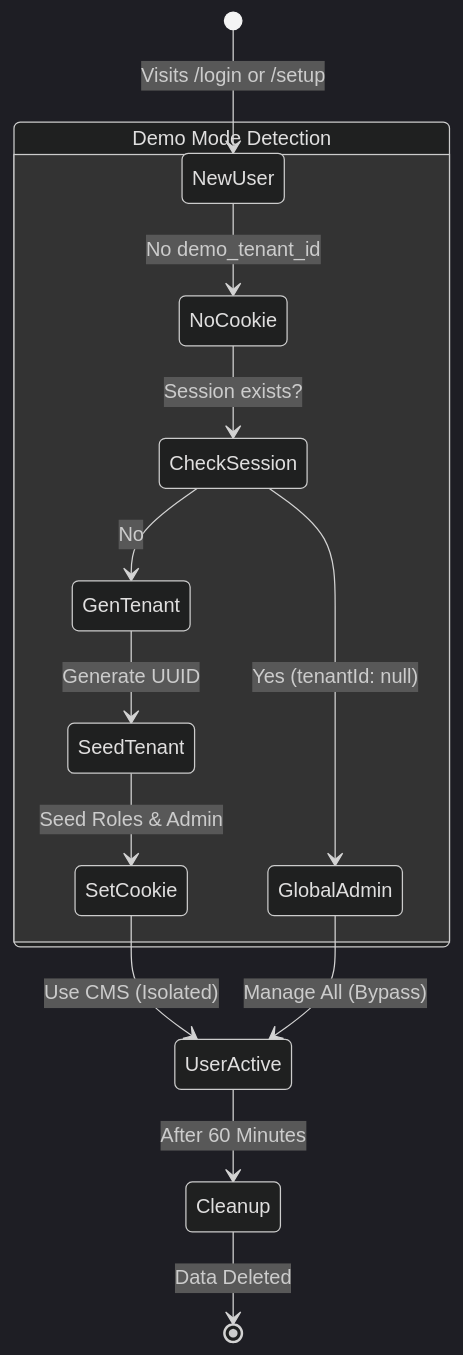
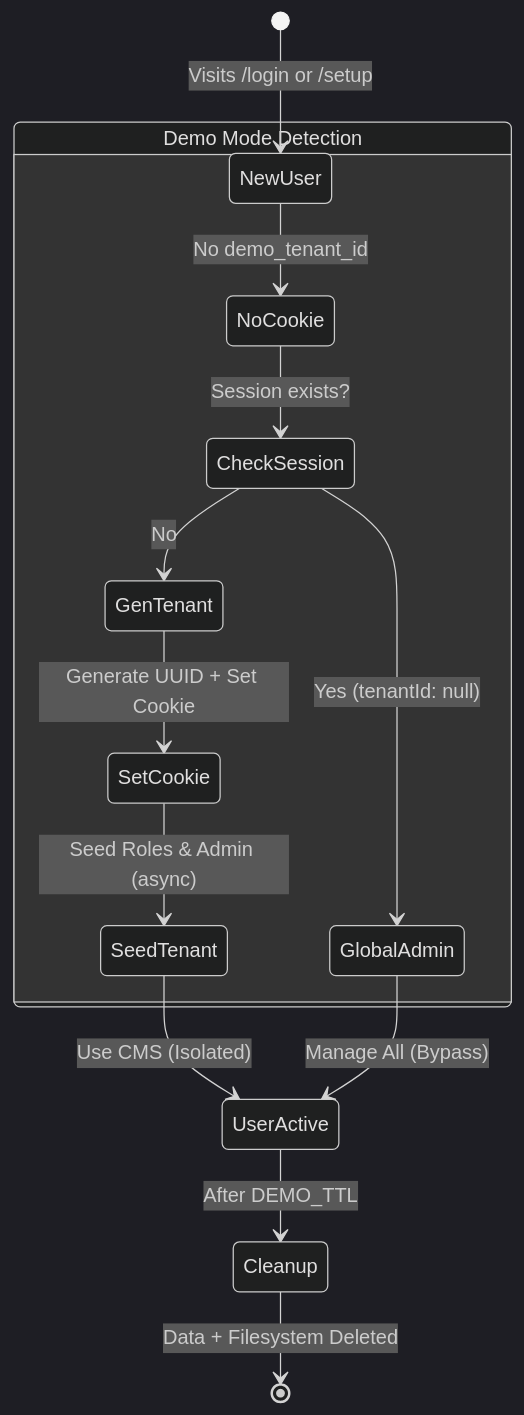
The diagram in docs/reference/architecture/demo-mode.mdx (SveltyCMS/SveltyCMS), drawn with Mermaid (dark theme) before and after one commit. The commit also changed other lines of this file and 43 other files, not shown here.

````diff
--- a/docs/reference/architecture/demo-mode.mdx
+++ b/docs/reference/architecture/demo-mode.mdx
@@ -64,19 +75,19 @@
 ```mermaid
 stateDiagram-v2
     [*] --> NewUser: Visits /login or /setup
 
     state "Demo Mode Detection" as Detect {
         NewUser --> NoCookie: No demo_tenant_id
         NoCookie --> CheckSession: Session exists?
         CheckSession --> GlobalAdmin: Yes (tenantId: null)
         CheckSession --> GenTenant: No
-        GenTenant --> SeedTenant: Generate UUID
-        SeedTenant --> SetCookie: Seed Roles & Admin
+        GenTenant --> SetCookie: Generate UUID + Set Cookie
+        SetCookie --> SeedTenant: Seed Roles & Admin (async)
     }
 
-    SetCookie --> UserActive: Use CMS (Isolated)
+    SeedTenant --> UserActive: Use CMS (Isolated)
     GlobalAdmin --> UserActive: Manage All (Bypass)
 
-    UserActive --> Cleanup: After 60 Minutes
-    Cleanup --> [*]: Data Deleted
+    UserActive --> Cleanup: After DEMO_TTL
+    Cleanup --> [*]: Data + Filesystem Deleted
 ```
````
